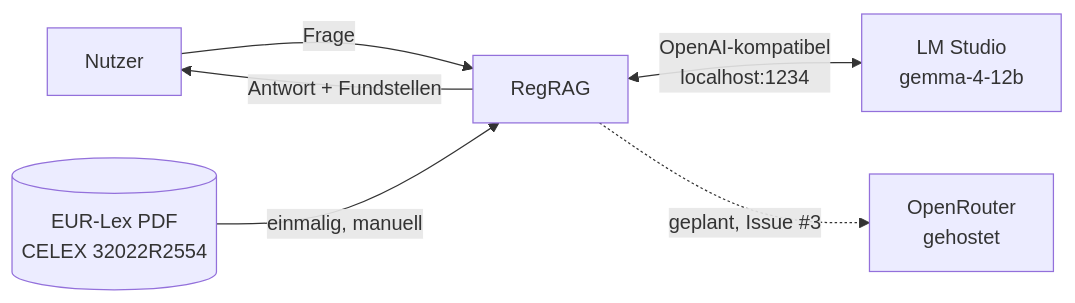
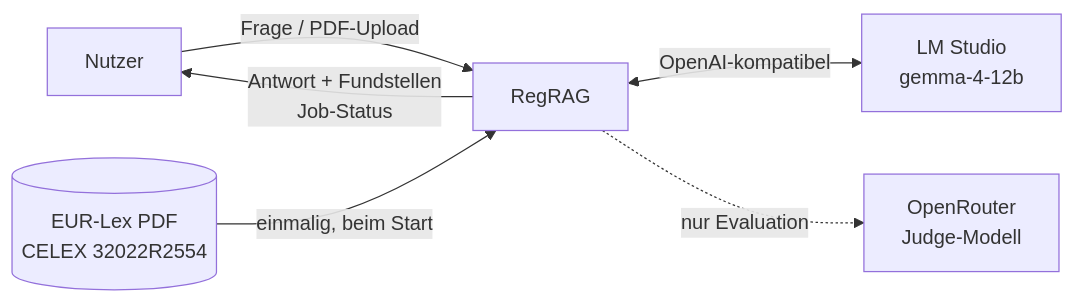
One commit to Gereon93/regRAG changed the first of 5 diagrams in docs/arc42.md. Above: the diagram before and after it, drawn with Mermaid. The commit also changed other lines of this file and 15 other files, not shown here.

````diff
--- a/docs/arc42.md
+++ b/docs/arc42.md
@@ -53,8 +58,8 @@
 ```mermaid
 graph LR
-    U[Nutzer] -->|Frage| R[RegRAG]
-    R -->|Antwort + Fundstellen| U
-    E[(EUR-Lex PDF<br/>CELEX 32022R2554)] -->|einmalig, manuell| R
-    R <-->|OpenAI-kompatibel<br/>localhost:1234| L[LM Studio<br/>gemma-4-12b]
-    R -.geplant, Issue #3.-> O[OpenRouter<br/>gehostet]
+    U[Nutzer] -->|Frage / PDF-Upload| R[RegRAG]
+    R -->|Antwort + Fundstellen<br/>Job-Status| U
+    E[(EUR-Lex PDF<br/>CELEX 32022R2554)] -->|einmalig, beim Start| R
+    R <-->|OpenAI-kompatibel| L[LM Studio<br/>gemma-4-12b]
+    R -.nur Evaluation.-> O[OpenRouter<br/>Judge-Modell]
 ```
````
